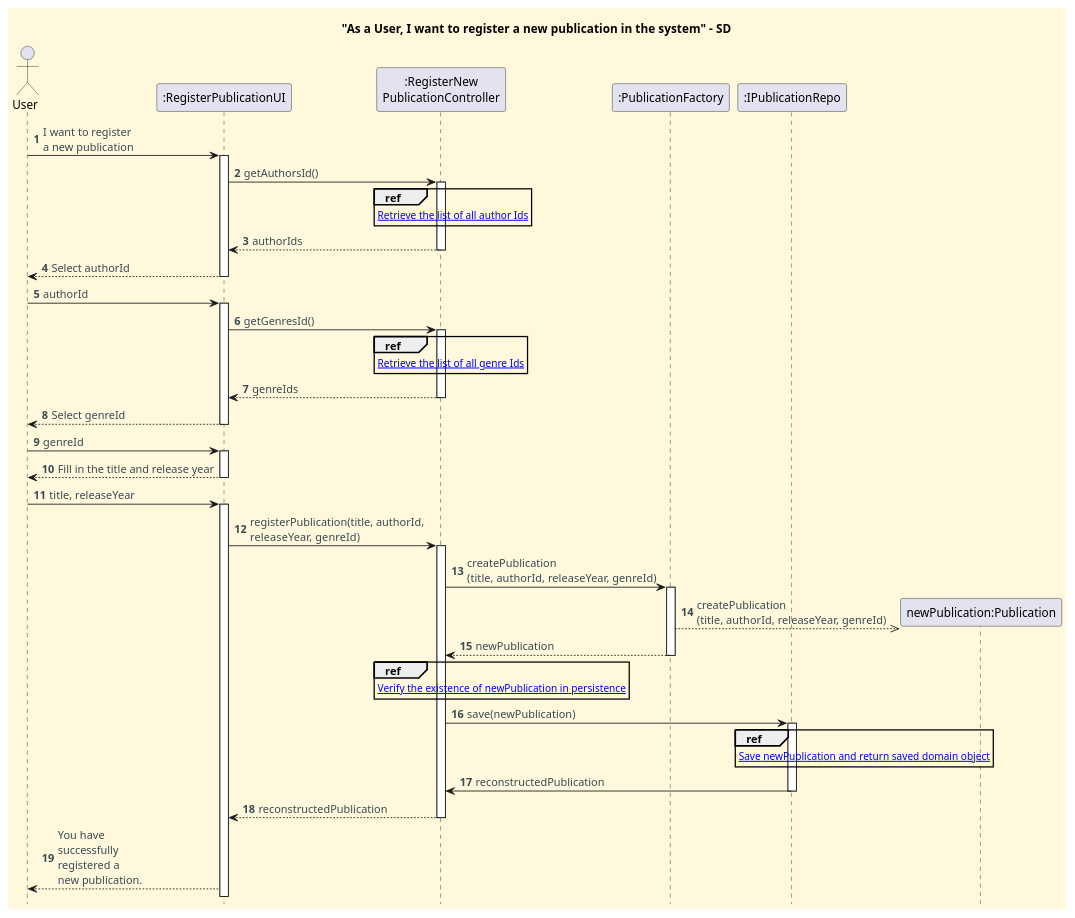
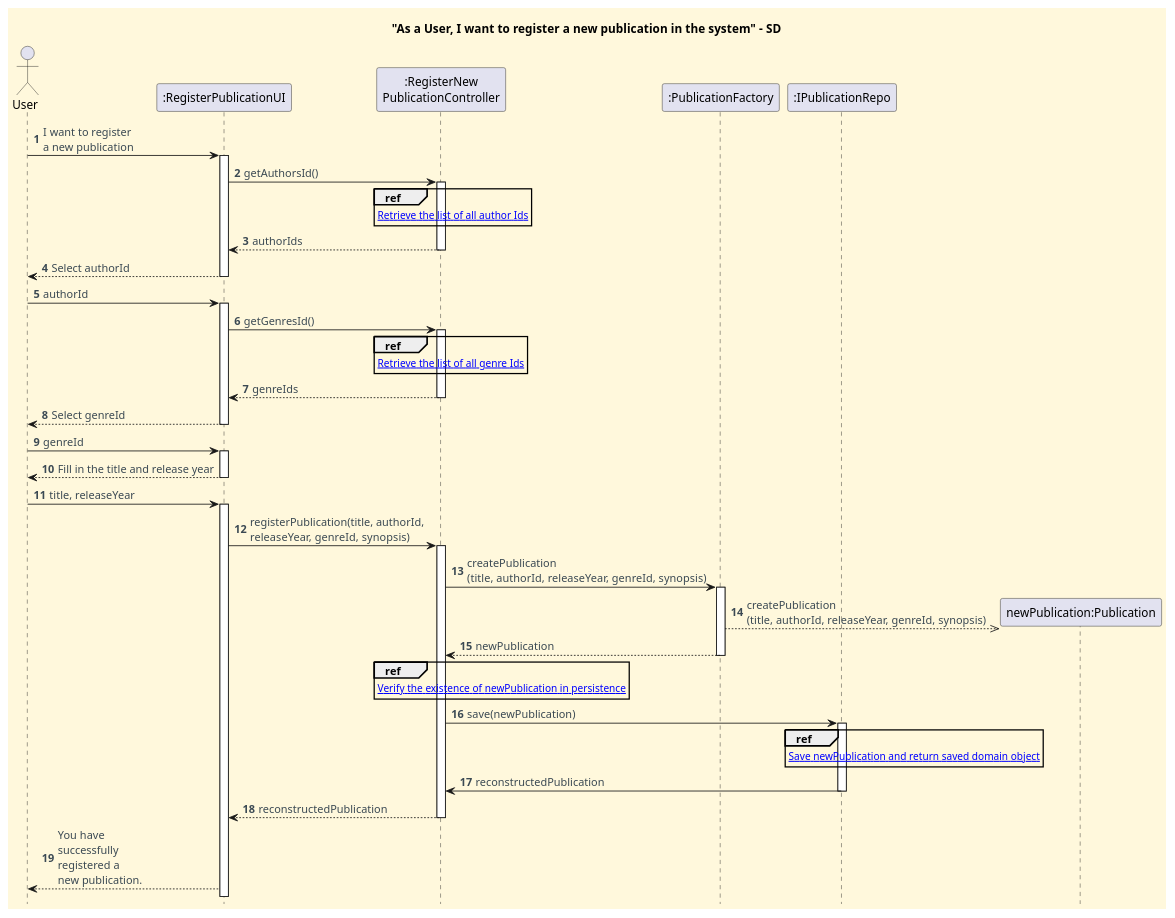
One commit to CarolinaLeite-collab/JavaMarketplacePlatform changed the diagram in docs/functionalities/user/register-new-publication/Register_New_Publication_SD.puml. Above: the diagram before and after it, drawn with PlantUML. The commit also changed 3 other files, not shown here.

Commit message:
docs: updated Register New Publication CD, SSD and SD diagrams to include synopsis field - refs #1159

```diff
--- a/docs/functionalities/user/register-new-publication/Register_New_Publication_SD.puml
+++ b/docs/functionalities/user/register-new-publication/Register_New_Publication_SD.puml
@@ -1,93 +1,93 @@
 @startuml
 title "As a User, I want to register a new publication in the system" - SD
 
 '==== basic style ====
 skinparam monochrome false
 skinparam shadowing false
 skinparam defaultFontName Futura
 skinparam objectFontSize 20
 skinparam backgroundColor CornSilk
 skinparam objectBackgroundColor WhiteSmoke
 skinparam noteBackgroundColor #FFFFE0
 skinparam ArrowFontColor #3B4953
 skinparam ActivationBackgroundColor black
 hidefootbox
 autonumber
 
 ' --- Actor and participants ---
 actor User
 participant ":RegisterPublicationUI" as UI
 participant ":RegisterNew\nPublicationController" as Ctl
 participant ":PublicationFactory" as PF
 participant ":IPublicationRepo" as IR
 ' --- UI interaction ---
 User -> UI: I want to register \na new publication
 activate UI
 
 UI -> Ctl: getAuthorsId()
 activate Ctl
 ref over Ctl
 [[sd-ref-diagrams/Get_Author_Ids.puml Retrieve the list of all author Ids]]
 end ref
 
 Ctl --> UI: authorIds
 deactivate Ctl
 UI --> User: Select authorId
 deactivate UI
 
 User -> UI: authorId
 activate UI
 
 UI -> Ctl: getGenresId()
 activate Ctl
 ref over Ctl
 [[sd-ref-diagrams/Get_Genre_Ids.puml Retrieve the list of all genre Ids]]
 end ref
 
 Ctl --> UI: genreIds
 deactivate Ctl
 UI --> User: Select genreId
 deactivate UI
 
 User -> UI: genreId
 activate UI
 
 UI --> User: Fill in the title and release year
 deactivate UI
 
 User -> UI: title, releaseYear
 activate UI
 
 ' --- Use case execution ---
-UI -> Ctl: registerPublication(title, authorId, \nreleaseYear, genreId)
+UI -> Ctl: registerPublication(title, authorId, \nreleaseYear, genreId, synopsis)
 activate Ctl
 
 
 ' --- Creation  ---
-Ctl -> PF: createPublication\n(title, authorId, releaseYear, genreId)
+Ctl -> PF: createPublication\n(title, authorId, releaseYear, genreId, synopsis)
 activate PF
 create "newPublication:Publication"
-PF -->> "newPublication:Publication": createPublication\n(title, authorId, releaseYear, genreId)
+PF -->> "newPublication:Publication": createPublication\n(title, authorId, releaseYear, genreId, synopsis)
 PF --> Ctl: newPublication
 deactivate PF
 
 ref over Ctl
 [[sd-ref-diagrams/Verify_Publication.puml Verify the existence of newPublication in persistence]]
 end ref
 
 Ctl -> IR : save(newPublication)
 activate IR
 
 ref over IR
 [[sd-ref-diagrams/Save_Publication.puml Save newPublication and return saved domain object]]
 end ref
 
 IR -> Ctl : reconstructedPublication
 deactivate IR
 
 Ctl --> UI : reconstructedPublication
 deactivate Ctl
 
 UI --> User : You have \nsuccessfully \nregistered a \nnew publication.
 
 @enduml
```
